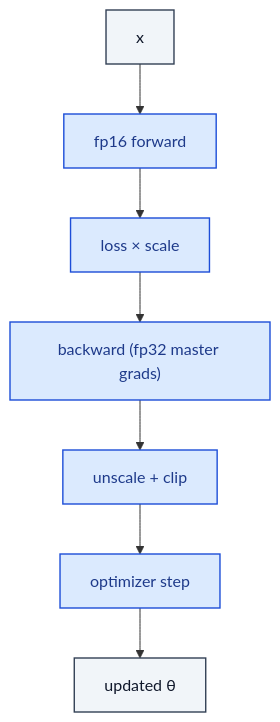
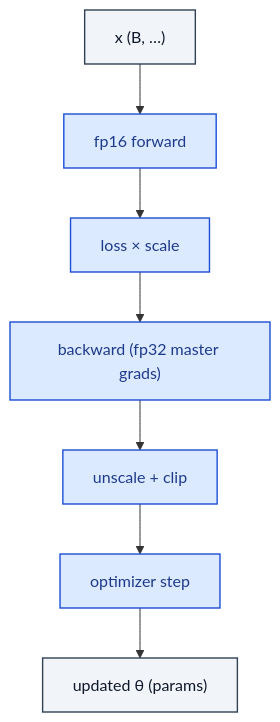
Before and after one commit to RealityShifts/Srivastava-book-of-Blocks-diagrams: the diagram in optimization/MixedPrecisionTrainer.md, drawn with Mermaid. The commit also changed 123 other files, not shown here.

````diff
--- a/optimization/MixedPrecisionTrainer.md
+++ b/optimization/MixedPrecisionTrainer.md
@@ -7,25 +7,26 @@
 ```mermaid
 flowchart TD
-    n0_0["x"]:::io
+    n0_0["x  (B, …)"]:::io
     n1_0["fp16 forward"]:::op
     n2_0["loss × scale"]:::op
     n3_0["backward (fp32 master grads)"]:::op
     n4_0["unscale + clip"]:::op
     n5_0["optimizer step"]:::op
-    n6_0["updated θ"]:::io
+    n6_0["updated θ  (params)"]:::io
     n0_0 --> n1_0
     n1_0 --> n2_0
     n2_0 --> n3_0
     n3_0 --> n4_0
     n4_0 --> n5_0
     n5_0 --> n6_0
     classDef io fill:#f1f5f9,stroke:#334155,stroke-width:1.4px,color:#0f172a
     classDef op fill:#dbeafe,stroke:#1d4ed8,stroke-width:1.4px,color:#1e3a8a
     classDef norm fill:#dcfce7,stroke:#15803d,stroke-width:1.4px,color:#14532d
     classDef act fill:#ffedd5,stroke:#c2410c,stroke-width:1.4px,color:#7c2d12
     classDef attn fill:#ede9fe,stroke:#6d28d9,stroke-width:1.4px,color:#4c1d95
     classDef merge fill:#fef3c7,stroke:#b45309,stroke-width:1.4px,color:#78350f
     classDef emb fill:#fef9c3,stroke:#a16207,stroke-width:1.4px,color:#713f12
     classDef loss fill:#fee2e2,stroke:#b91c1c,stroke-width:1.4px,color:#7f1d1d
     classDef ctrl fill:#f5f5f4,stroke:#52525b,stroke-width:1.4px,color:#27272a
+    classDef ref fill:#e0f2fe,stroke:#0369a1,stroke-width:2px,color:#0c4a6e,stroke-dasharray: 4 2
 ```
````
